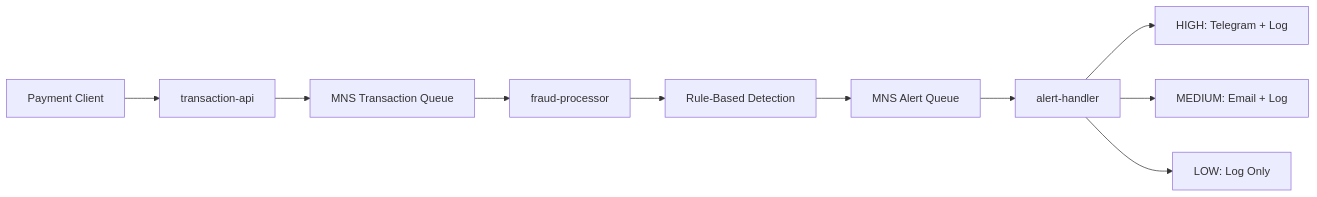
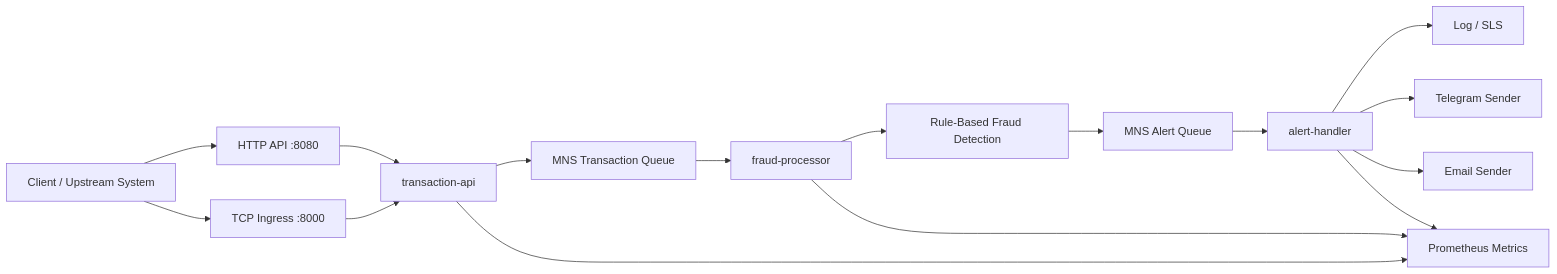
The diagram in README.md (wenzheng/h-fraud-detection), drawn with Mermaid before and after one commit. The commit also changed other lines of this file and 3 other files, not shown here.

````diff
--- a/README.md
+++ b/README.md
@@ -12,12 +25,18 @@
 ```mermaid
 flowchart LR
-    Client["Payment Client"] --> API["transaction-api"]
+    Client["Client / Upstream System"] --> HTTP["HTTP API :8080"]
+    Client --> TCP["TCP Ingress :8000"]
+    HTTP --> API["transaction-api"]
+    TCP --> API
     API --> TQ["MNS Transaction Queue"]
-    TQ --> Processor["fraud-processor"]
-    Processor --> Rules["Rule-Based Detection"]
+    TQ --> FP["fraud-processor"]
+    FP --> Rules["Rule-Based Fraud Detection"]
     Rules --> AQ["MNS Alert Queue"]
-    AQ --> AlertHandler["alert-handler"]
-    AlertHandler --> High["HIGH: Telegram + Log"]
-    AlertHandler --> Medium["MEDIUM: Email + Log"]
-    AlertHandler --> Low["LOW: Log Only"]
+    AQ --> AH["alert-handler"]
+    AH --> Log["Log / SLS"]
+    AH --> Tg["Telegram Sender"]
+    AH --> Mail["Email Sender"]
+    API --> Metrics["Prometheus Metrics"]
+    FP --> Metrics
+    AH --> Metrics
 ```
````
